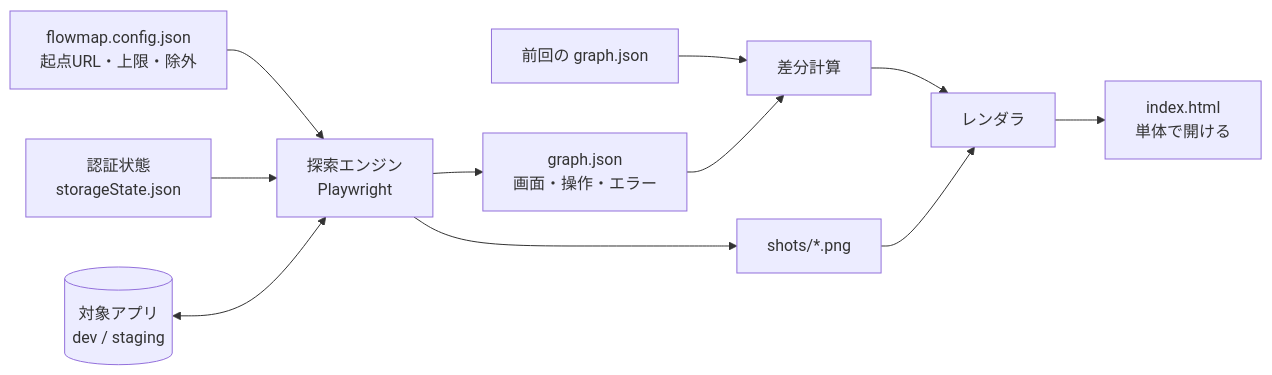
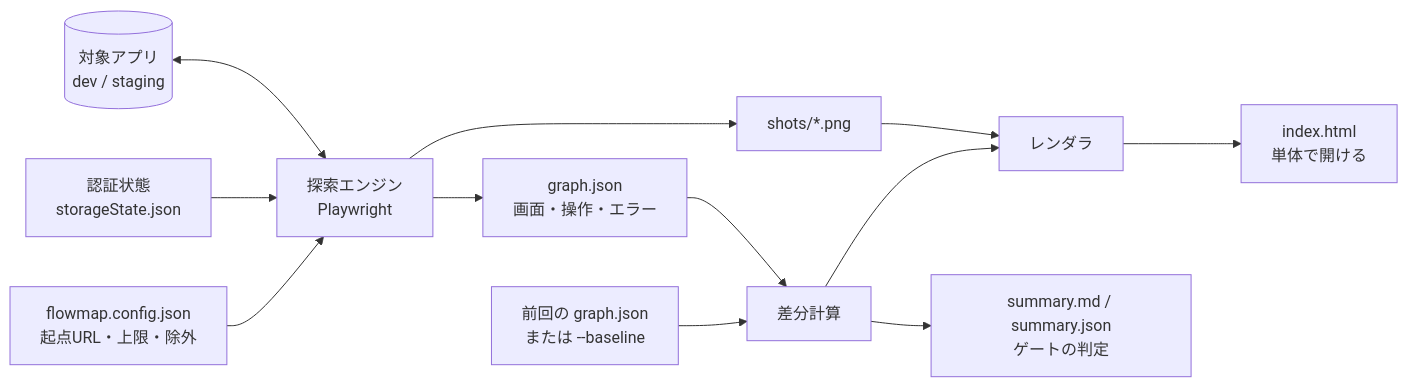
The first of 3 diagrams in DESIGN.md (raku1chi/flowmap), drawn with Mermaid before and after one commit. The commit also changed other lines of this file and 3 other files, not shown here.

````diff
--- a/DESIGN.md
+++ b/DESIGN.md
@@ -40,13 +40,14 @@
 ```mermaid
 flowchart LR
   CFG[flowmap.config.json<br/>起点URL・上限・除外] --> EX[探索エンジン<br/>Playwright]
   AUTH[認証状態<br/>storageState.json] --> EX
   APP[(対象アプリ<br/>dev / staging)] <--> EX
   EX --> G[graph.json<br/>画面・操作・エラー]
   EX --> S[shots/*.png]
-  PREV[前回の graph.json] --> DIFF[差分計算]
+  PREV[前回の graph.json<br/>または --baseline] --> DIFF[差分計算]
   G --> DIFF
   DIFF --> R[レンダラ]
+  DIFF --> SUM[summary.md / summary.json<br/>ゲートの判定]
   S --> R
   R --> H[index.html<br/>単体で開ける]
 ```
````
